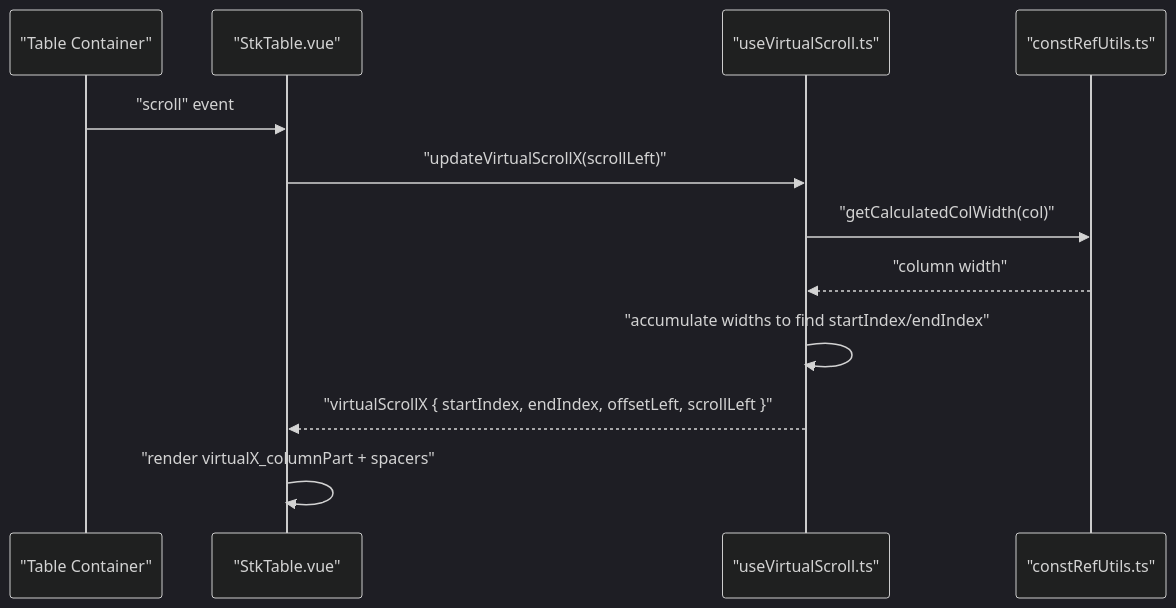
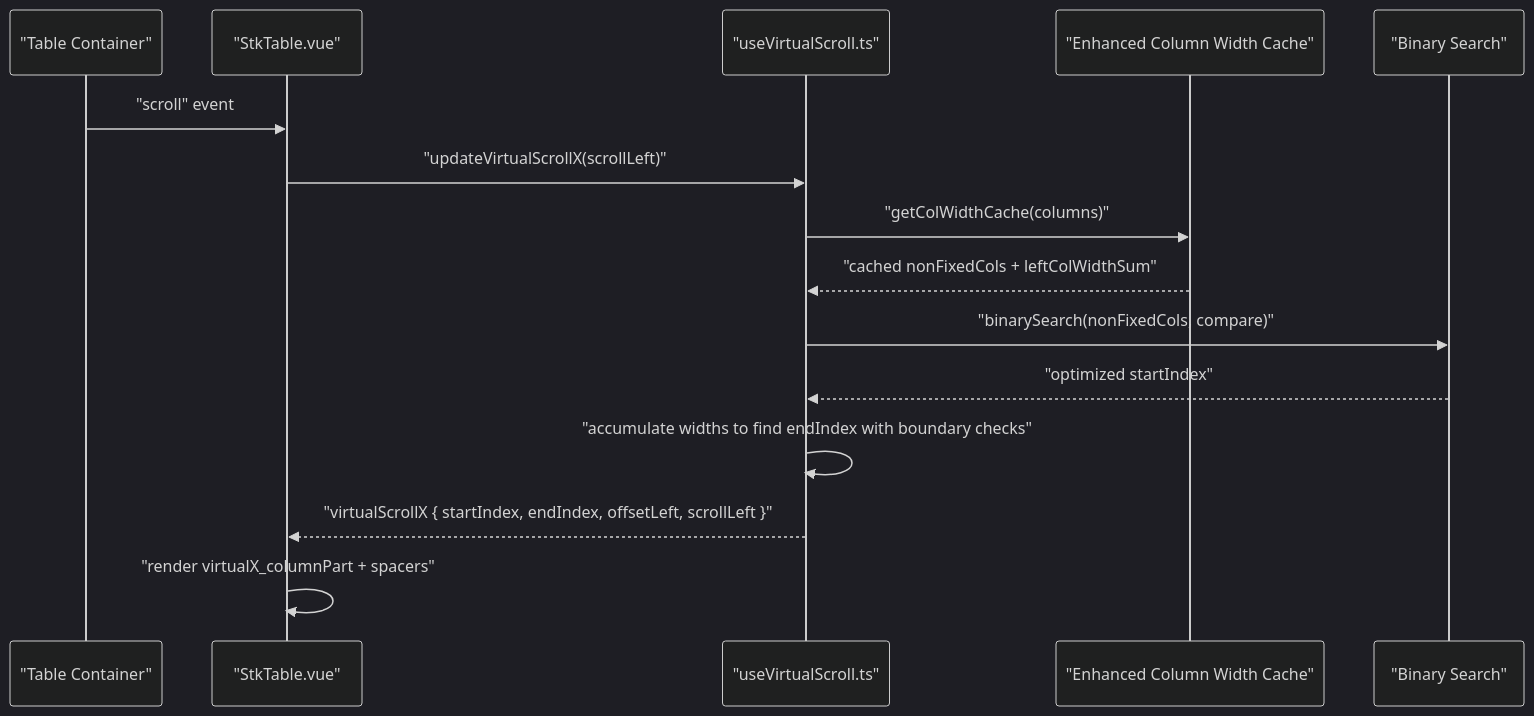
One commit to ja-plus/stk-table-vue changed the second of 12 diagrams in .qoder/repowiki/en/content/Advanced Features/Virtual Scrolling/Horizontal Virtual Scrolling.md. Above: the diagram before and after it, drawn with Mermaid (dark theme). The commit also changed other lines of this file and 7 other files, not shown here.

````diff
--- a/.qoder/repowiki/en/content/Advanced Features/Virtual Scrolling/Horizontal Virtual Scrolling.md
+++ b/.qoder/repowiki/en/content/Advanced Features/Virtual Scrolling/Horizontal Virtual Scrolling.md
@@ -100,14 +134,17 @@
 ```mermaid
 sequenceDiagram
 participant DOM as "Table Container"
 participant STK as "StkTable.vue"
 participant VSC as "useVirtualScroll.ts"
-participant CRCU as "constRefUtils.ts"
+participant CACHE as "Enhanced Column Width Cache"
+participant UTILS as "Binary Search"
 DOM->>STK : "scroll" event
 STK->>VSC : "updateVirtualScrollX(scrollLeft)"
-VSC->>CRCU : "getCalculatedColWidth(col)"
-CRCU-->>VSC : "column width"
-VSC->>VSC : "accumulate widths to find startIndex/endIndex"
+VSC->>CACHE : "getColWidthCache(columns)"
+CACHE-->>VSC : "cached nonFixedCols + leftColWidthSum"
+VSC->>UTILS : "binarySearch(nonFixedCols, compare)"
+UTILS-->>VSC : "optimized startIndex"
+VSC->>VSC : "accumulate widths to find endIndex with boundary checks"
 VSC-->>STK : "virtualScrollX { startIndex, endIndex, offsetLeft, scrollLeft }"
 STK->>STK : "render virtualX_columnPart + spacers"
 ```
````
